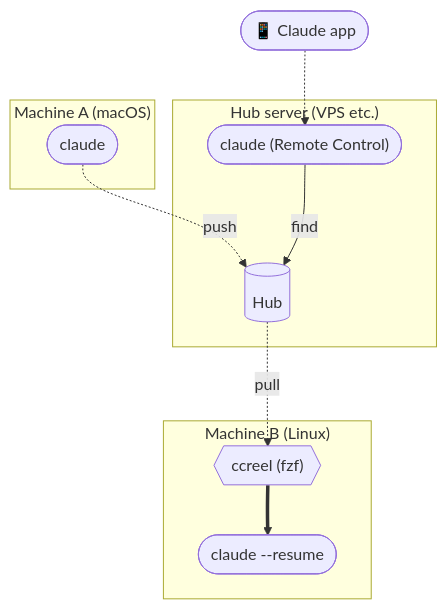
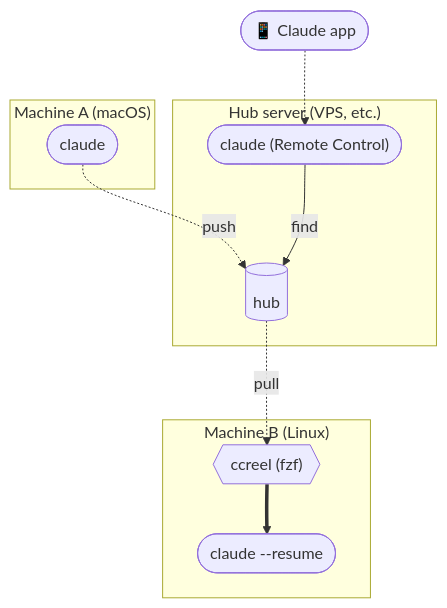
One commit to yktsnet/ccreel changed the diagram in README.en.md. Above: the diagram before and after it, drawn with Mermaid. The commit also changed other lines of this file and 3 other files, not shown here.

````diff
--- a/README.en.md
+++ b/README.en.md
@@ -63,16 +52,16 @@
 ```mermaid
 flowchart TD
   subgraph A["Machine A (macOS)"]
     ca(["claude"])
   end
-  subgraph S["Hub server (VPS etc.)"]
-    hub[("Hub")]
+  subgraph S["Hub server (VPS, etc.)"]
+    hub[("hub")]
     rc(["claude (Remote Control)"])
   end
   subgraph B["Machine B (Linux)"]
     fb{{"ccreel (fzf)"}} ==> rb(["claude --resume"])
   end
   phone(["📱 Claude app"])
   ca -.->|push| hub -.->|pull| fb
   phone -.-> rc -->|find| hub
 ```
````
